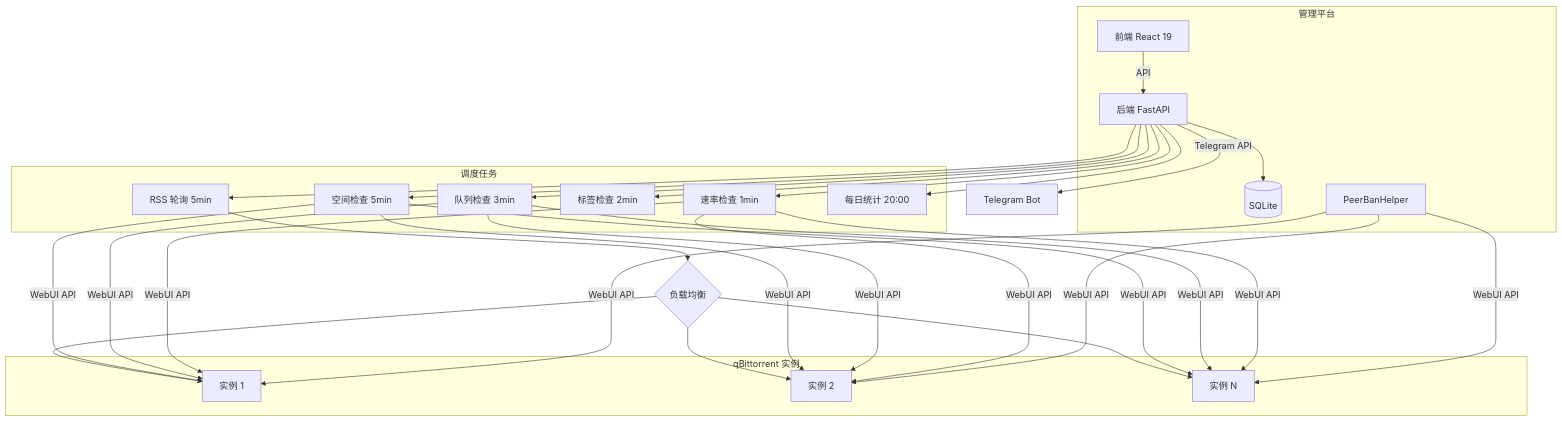
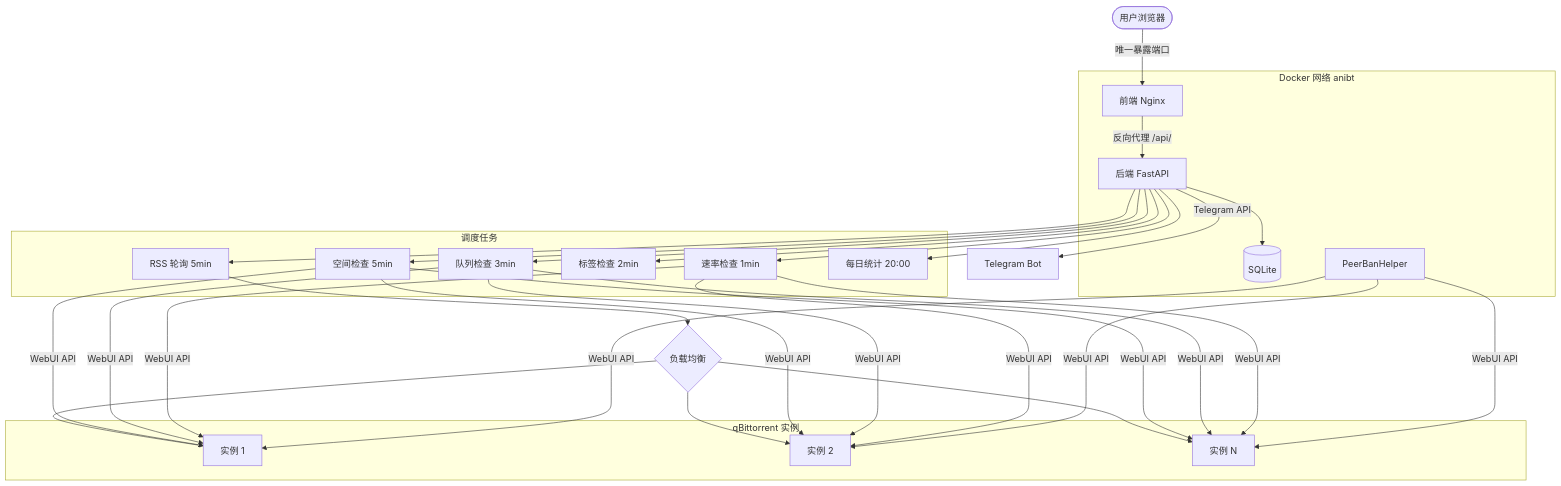
The first of 3 diagrams in README.md (Yuri-NagaSaki/AniBT-Speed), drawn with Mermaid before and after one commit. The commit also changed other lines of this file, not shown here.

````diff
--- a/README.md
+++ b/README.md
@@ -148,36 +150,38 @@
 ```mermaid
 graph TB
-    subgraph 管理平台
-        FE[前端 React 19]
+    subgraph Docker 网络 anibt
+        FE[前端 Nginx]
         BE[后端 FastAPI]
         DB[(SQLite)]
         PBH[PeerBanHelper]
 
-        FE -->|API| BE
+        FE -->|反向代理 /api/| BE
         BE --> DB
     end
+
+    User([用户浏览器]) -->|唯一暴露端口| FE
 
     subgraph 调度任务
         S1[空间检查 5min]
         S2[队列检查 3min]
         S3[速率检查 1min]
         S4[标签检查 2min]
         S5[RSS 轮询 5min]
         S6[每日统计 20:00]
     end
 
     subgraph qBittorrent 实例
         QB1[实例 1]
         QB2[实例 2]
         QBN[实例 N]
     end
 
     LB{负载均衡}
 
     BE --> S1 & S2 & S3 & S4 & S5 & S6
     S5 --> LB
     LB --> QB1 & QB2 & QBN
     S1 & S2 & S3 -->|WebUI API| QB1 & QB2 & QBN
     PBH -->|WebUI API| QB1 & QB2 & QBN
     BE -->|Telegram API| TG[Telegram Bot]
 ```
````
